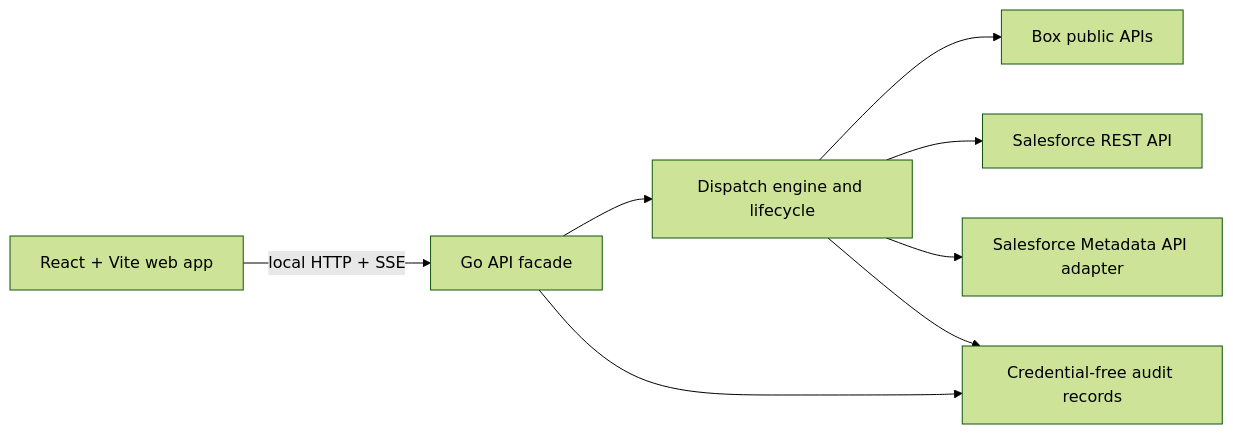
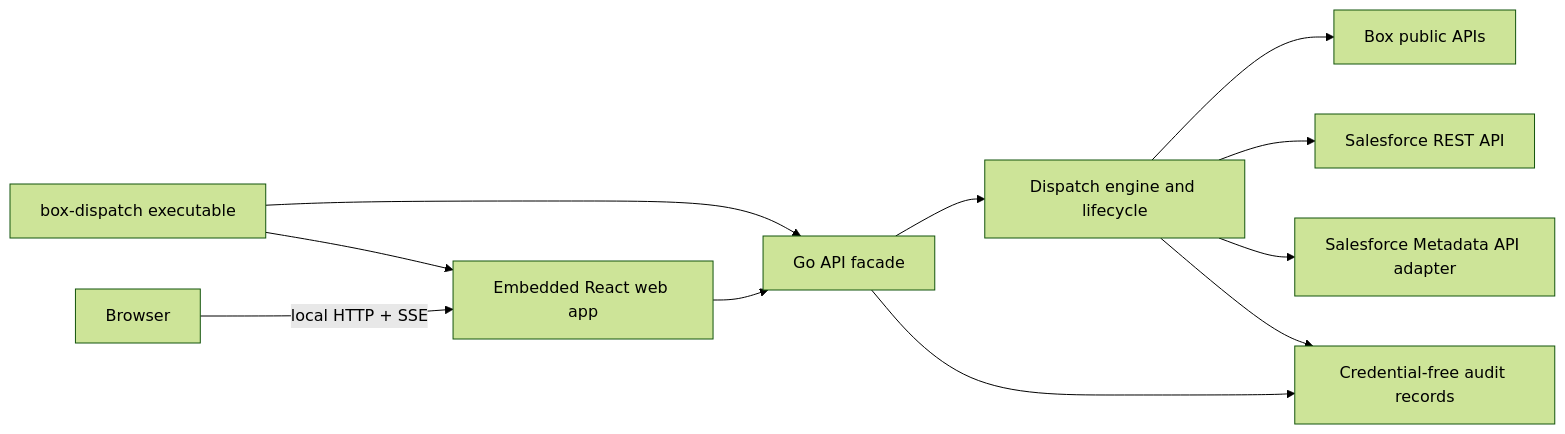
Before and after one commit to unofficialbox/box-dispatch: the diagram in docs/WEB_APP_ARCHITECTURE.md, drawn with Mermaid (forest theme). The commit also changed other lines of this file and 16 other files, not shown here.

Commit message:
feat: launch complete web app from executable

````diff
--- a/docs/WEB_APP_ARCHITECTURE.md
+++ b/docs/WEB_APP_ARCHITECTURE.md
@@ -10,10 +10,13 @@
 ```mermaid
 flowchart LR
-    Browser["React + Vite web app"] -->|"local HTTP + SSE"| API["Go API facade"]
+    Executable["box-dispatch executable"] --> UI["Embedded React web app"]
+    Executable --> API["Go API facade"]
+    Browser["Browser"] -->|"local HTTP + SSE"| UI
+    UI --> API
     API --> Engine["Dispatch engine and lifecycle"]
     Engine --> Box["Box public APIs"]
     Engine --> SalesforceREST["Salesforce REST API"]
     Engine --> SalesforceMetadata["Salesforce Metadata API adapter"]
     Engine --> Audit["Credential-free audit records"]
     API --> Audit
 ```
````
